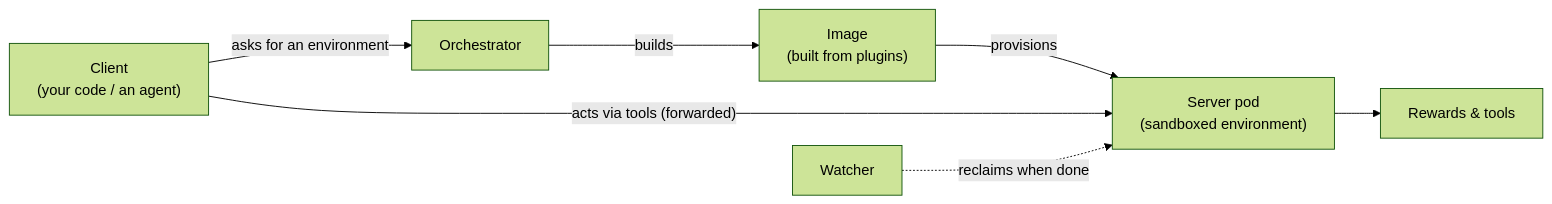
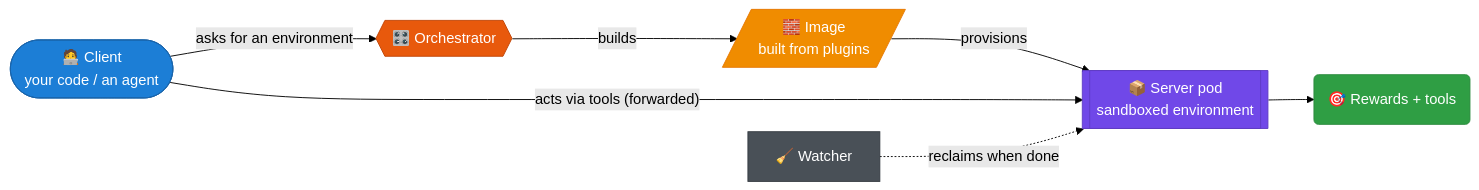
Before and after one commit to JetBrains-Research/idegym: the diagram in website/docs/overview/concepts.md, drawn with Mermaid (forest theme). The commit also changed 10 other files, not shown here.

First line of the commit message:
[JBRes-9938] restyle diagrams: shapes, colors, aligned labels; no dead-click nodes

````diff
--- a/website/docs/overview/concepts.md
+++ b/website/docs/overview/concepts.md
@@ -85,23 +85,30 @@
 ```mermaid
 flowchart LR
-    client["Client<br/>(your code / an agent)"]
-    orch["Orchestrator"]
-    image["Image<br/>(built from plugins)"]
-    server["Server pod<br/>(sandboxed environment)"]
-    reward["Rewards & tools"]
-    watcher["Watcher"]
+    client(["🧑‍💻 Client<br/>your code / an agent"]):::client
+    orch{{"🎛️ Orchestrator"}}:::ctrl
+    image[/"🧱 Image<br/>built from plugins"/]:::build
+    server[["📦 Server pod<br/>sandboxed environment"]]:::pod
+    reward("🎯 Rewards + tools"):::tool
+    watcher["🧹 Watcher"]:::infra
 
     client -->|"asks for an environment"| orch
     orch -->|"builds"| image
     image -->|"provisions"| server
     client -->|"acts via tools (forwarded)"| server
     server --> reward
     watcher -.->|"reclaims when done"| server
 
     click orch "/idegym/architecture/orchestrator" "Orchestrator deep dive"
     click image "/idegym/architecture/image-builder" "Image builder deep dive"
     click server "/idegym/architecture/server" "Server internals"
-    click reward "/idegym/architecture/rewards-tools" "Rewards & tools"
+    click reward "/idegym/architecture/rewards-tools" "Rewards and tools"
     click watcher "/idegym/architecture/watcher" "Watcher"
     click client "/idegym/architecture/client" "Client library"
+
+    classDef client fill:#1c7ed6,stroke:#1864ab,color:#fff;
+    classDef ctrl fill:#e8590c,stroke:#c04405,color:#fff;
+    classDef build fill:#f08c00,stroke:#e67700,color:#fff;
+    classDef pod fill:#7048e8,stroke:#5f3dc4,color:#fff;
+    classDef tool fill:#2f9e44,stroke:#2b8a3e,color:#fff;
+    classDef infra fill:#495057,stroke:#343a40,color:#fff;
 ```
````
